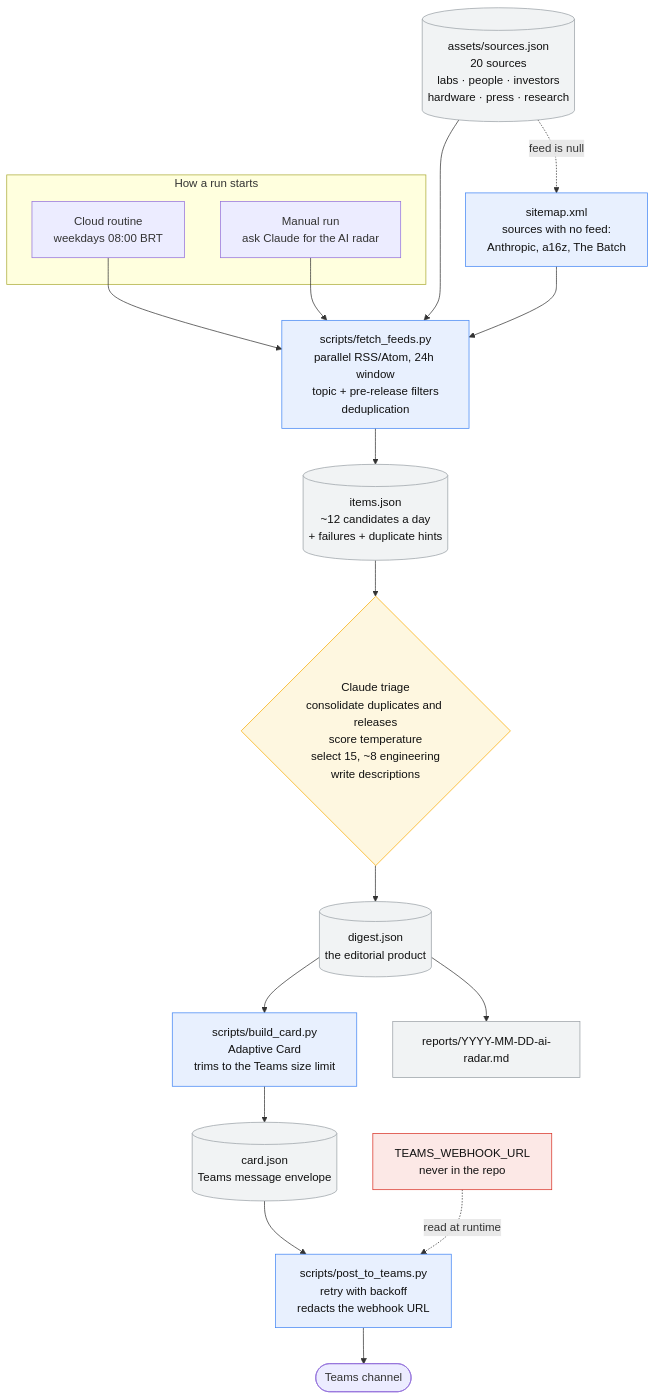
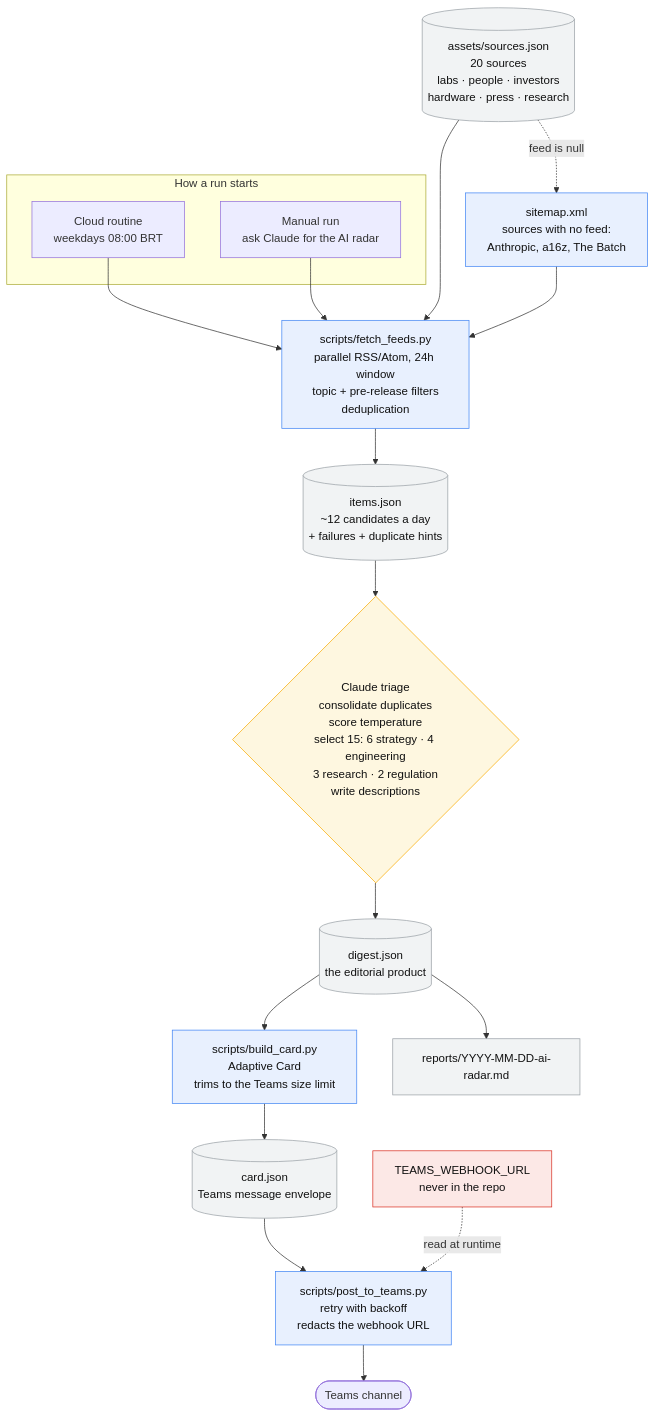
One commit to werner-denzin/claude-labs changed the diagram in README.md. Above: the diagram before and after it, drawn with Mermaid. The commit also changed other lines of this file and 4 other files, not shown here.

````diff
--- a/README.md
+++ b/README.md
@@ -19,48 +19,48 @@
 ```mermaid
 flowchart TD
     subgraph triggers["How a run starts"]
         ROUTINE["Cloud routine<br>weekdays 08:00 BRT"]
         MANUAL["Manual run<br>ask Claude for the AI radar"]
     end
 
     CATALOG[("assets/sources.json<br>20 sources<br>labs · people · investors<br>hardware · press · research")]
     FETCH["scripts/fetch_feeds.py<br>parallel RSS/Atom, 24h window<br>topic + pre-release filters<br>deduplication"]
     ITEMS[("items.json<br>~12 candidates a day<br>+ failures + duplicate hints")]
     SITEMAP["sitemap.xml<br>sources with no feed:<br>Anthropic, a16z, The Batch"]
 
-    TRIAGE{"Claude triage<br>consolidate duplicates and releases<br>score temperature<br>select 15, ~8 engineering<br>write descriptions"}
+    TRIAGE{"Claude triage<br>consolidate duplicates<br>score temperature<br>select 15: 6 strategy · 4 engineering<br>3 research · 2 regulation<br>write descriptions"}
     DIGEST[("digest.json<br>the editorial product")]
 
     BUILD["scripts/build_card.py<br>Adaptive Card<br>trims to the Teams size limit"]
     CARD[("card.json<br>Teams message envelope")]
     POST["scripts/post_to_teams.py<br>retry with backoff<br>redacts the webhook URL"]
 
     TEAMS(["Teams channel"])
     ARCHIVE["reports/YYYY-MM-DD-ai-radar.md"]
     SECRET["TEAMS_WEBHOOK_URL<br>never in the repo"]
 
     ROUTINE --> FETCH
     MANUAL --> FETCH
     CATALOG --> FETCH
     FETCH --> ITEMS
     CATALOG -. "feed is null" .-> SITEMAP
     SITEMAP --> FETCH
     ITEMS --> TRIAGE
     TRIAGE --> DIGEST
     DIGEST --> BUILD
     BUILD --> CARD
     CARD --> POST
     POST --> TEAMS
     DIGEST --> ARCHIVE
     SECRET -. read at runtime .-> POST
 
     classDef script fill:#e8f0fe,stroke:#4285f4,color:#111
     classDef data fill:#f1f3f4,stroke:#9aa0a6,color:#111
     classDef judgment fill:#fef7e0,stroke:#f9ab00,color:#111
     classDef secret fill:#fce8e6,stroke:#d93025,color:#111
     class FETCH,BUILD,POST script
     class CATALOG,ITEMS,DIGEST,CARD,ARCHIVE data
     class SITEMAP script
     class TRIAGE judgment
     class SECRET secret
 ```
````
